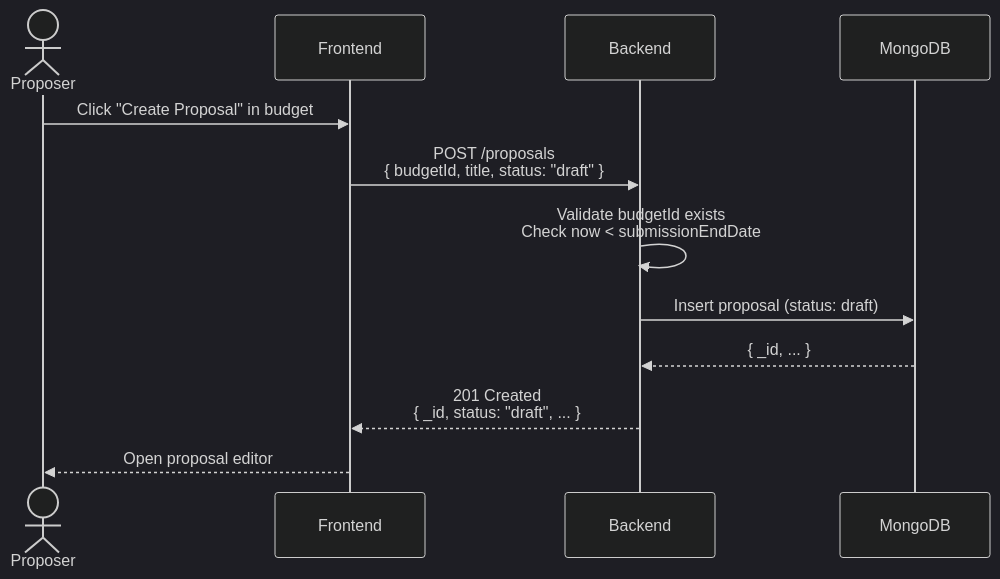
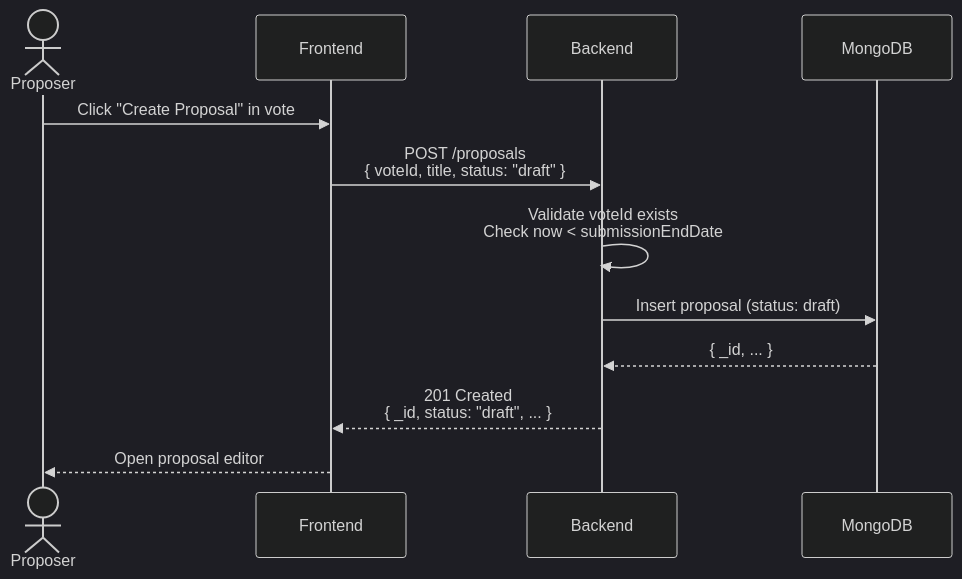
One commit to lerna-labs/ekklesia-proposal-module changed the third of 8 diagrams in docs/proposal-flow.md. Above: the diagram before and after it, drawn with Mermaid (dark theme). The commit also changed other lines of this file and 8 other files, not shown here.

````diff
--- a/docs/proposal-flow.md
+++ b/docs/proposal-flow.md
@@ -93,15 +93,15 @@
 ```mermaid
 sequenceDiagram
     actor Proposer
     participant Frontend
     participant Backend
     participant MongoDB
 
-    Proposer->>Frontend: Click "Create Proposal" in budget
-    Frontend->>Backend: POST /proposals<br/>{ budgetId, title, status: "draft" }
-    Backend->>Backend: Validate budgetId exists<br/>Check now < submissionEndDate
+    Proposer->>Frontend: Click "Create Proposal" in vote
+    Frontend->>Backend: POST /proposals<br/>{ voteId, title, status: "draft" }
+    Backend->>Backend: Validate voteId exists<br/>Check now < submissionEndDate
     Backend->>MongoDB: Insert proposal (status: draft)
     MongoDB-->>Backend: { _id, ... }
     Backend-->>Frontend: 201 Created<br/>{ _id, status: "draft", ... }
     Frontend-->>Proposer: Open proposal editor
 ```
````
